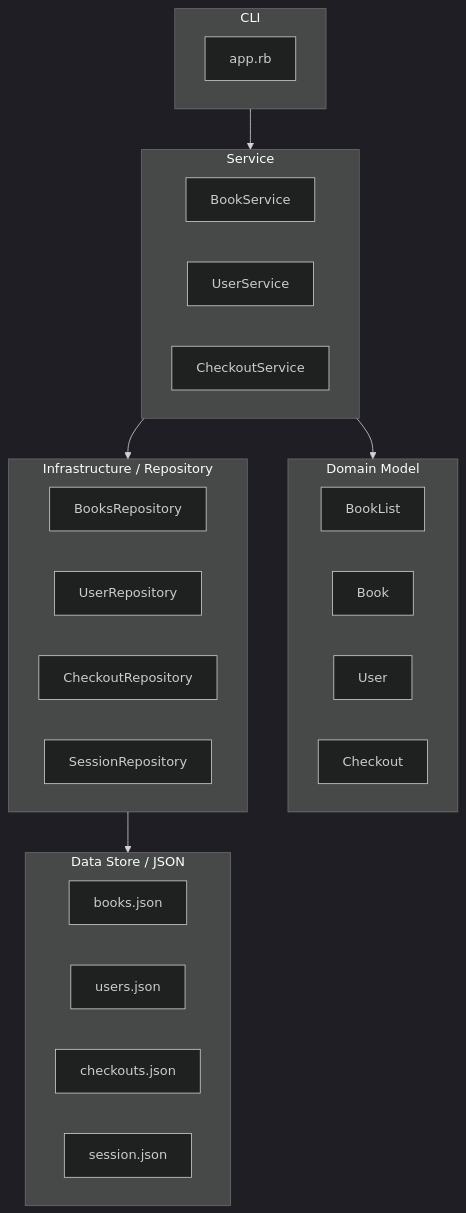
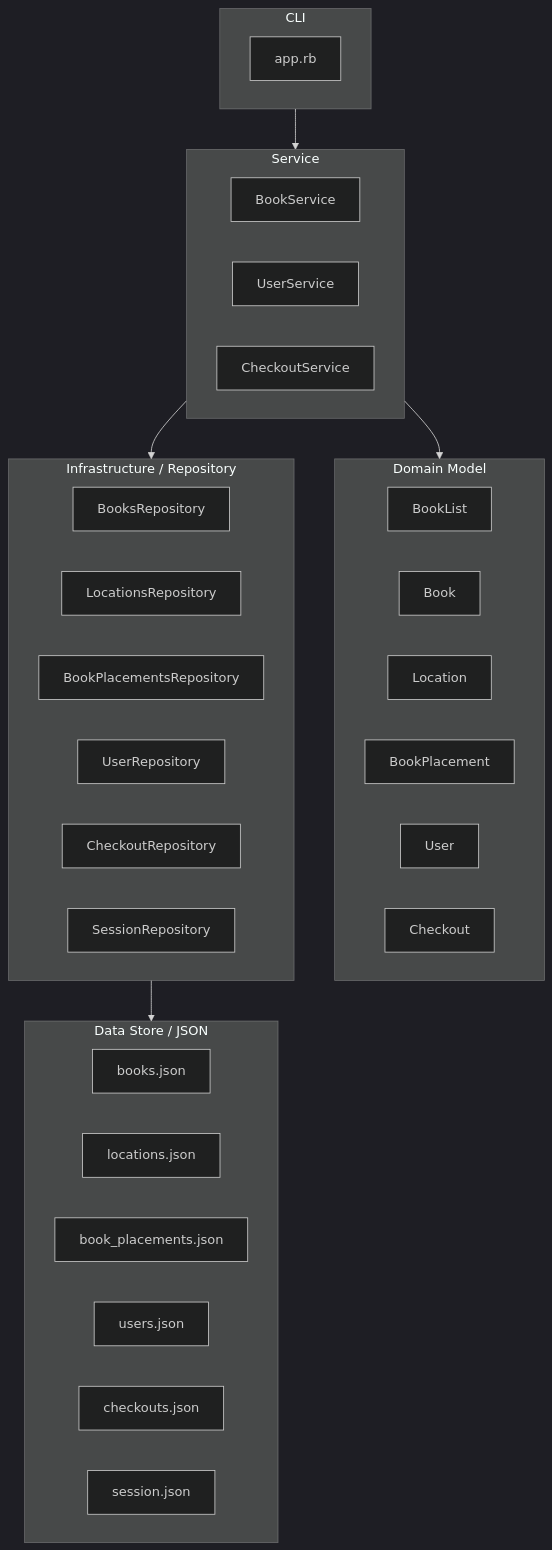
Before and after one commit to wairo8714/tech-library: the first of 2 diagrams in docs/domain-design.md, drawn with Mermaid (dark theme). The commit also changed other lines of this file and 4 other files, not shown here.

````diff
--- a/docs/domain-design.md
+++ b/docs/domain-design.md
@@ -19,38 +19,44 @@
 ```mermaid
 flowchart TD
     subgraph Presentation["CLI"]
         CLI["app.rb"]
     end
 
     subgraph Application["Service"]
         BookService["BookService"]
         UserService["UserService"]
         CheckoutService["CheckoutService"]
     end
 
     subgraph Domain["Domain Model"]
         BookList["BookList"]
         Book["Book"]
+        Location["Location"]
+        BookPlacement["BookPlacement"]
         User["User"]
         Checkout["Checkout"]
     end
 
     subgraph Infrastructure["Infrastructure / Repository"]
         BooksRepository["BooksRepository"]
+        LocationsRepository["LocationsRepository"]
+        BookPlacementsRepository["BookPlacementsRepository"]
         UserRepository["UserRepository"]
         CheckoutRepository["CheckoutRepository"]
         SessionRepository["SessionRepository"]
     end
 
     subgraph DataStore["Data Store / JSON"]
         BooksJson["books.json"]
+        LocationsJson["locations.json"]
+        BookPlacementsJson["book_placements.json"]
         UsersJson["users.json"]
         CheckoutsJson["checkouts.json"]
         SessionJson["session.json"]
     end
 
     Presentation --> Application
     Application --> Domain
     Application --> Infrastructure
     Infrastructure --> DataStore
 ```
````
